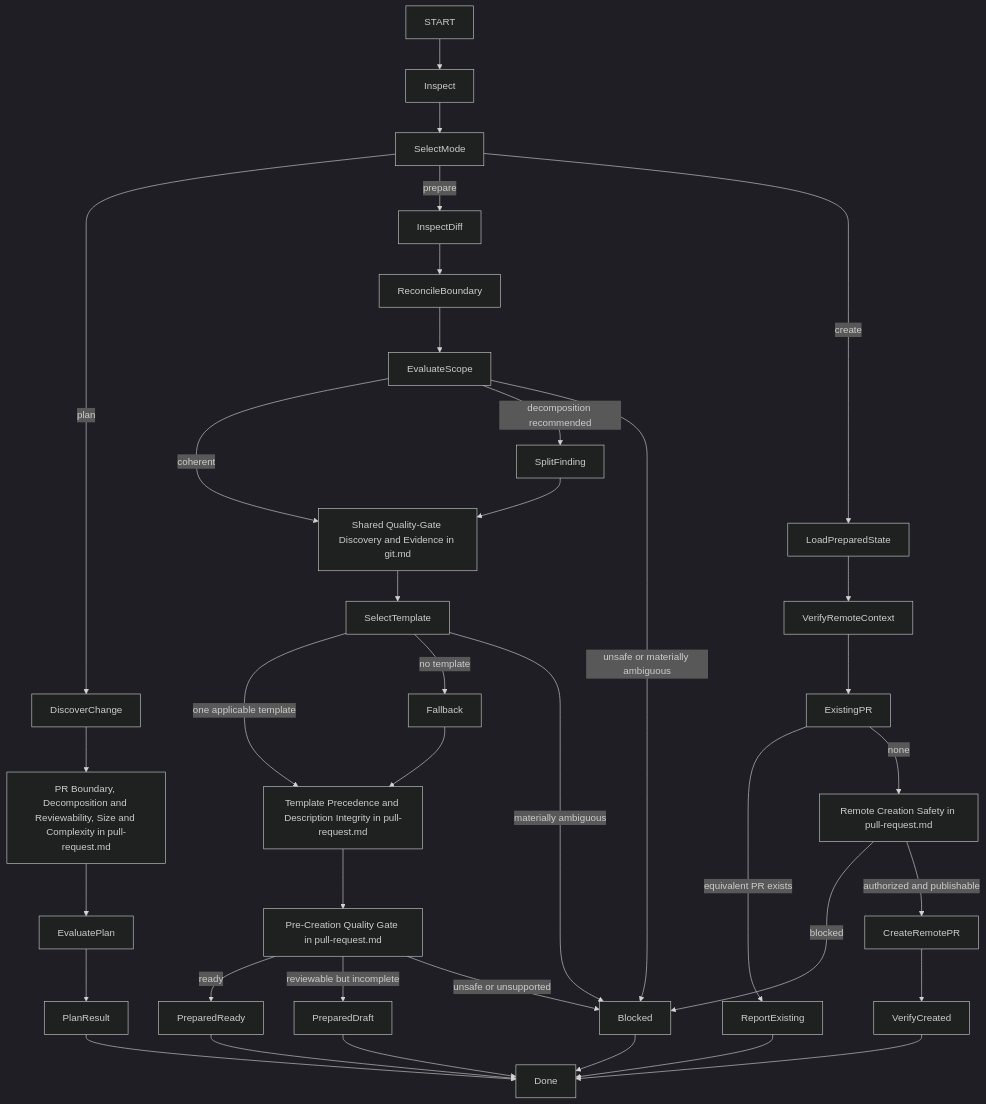
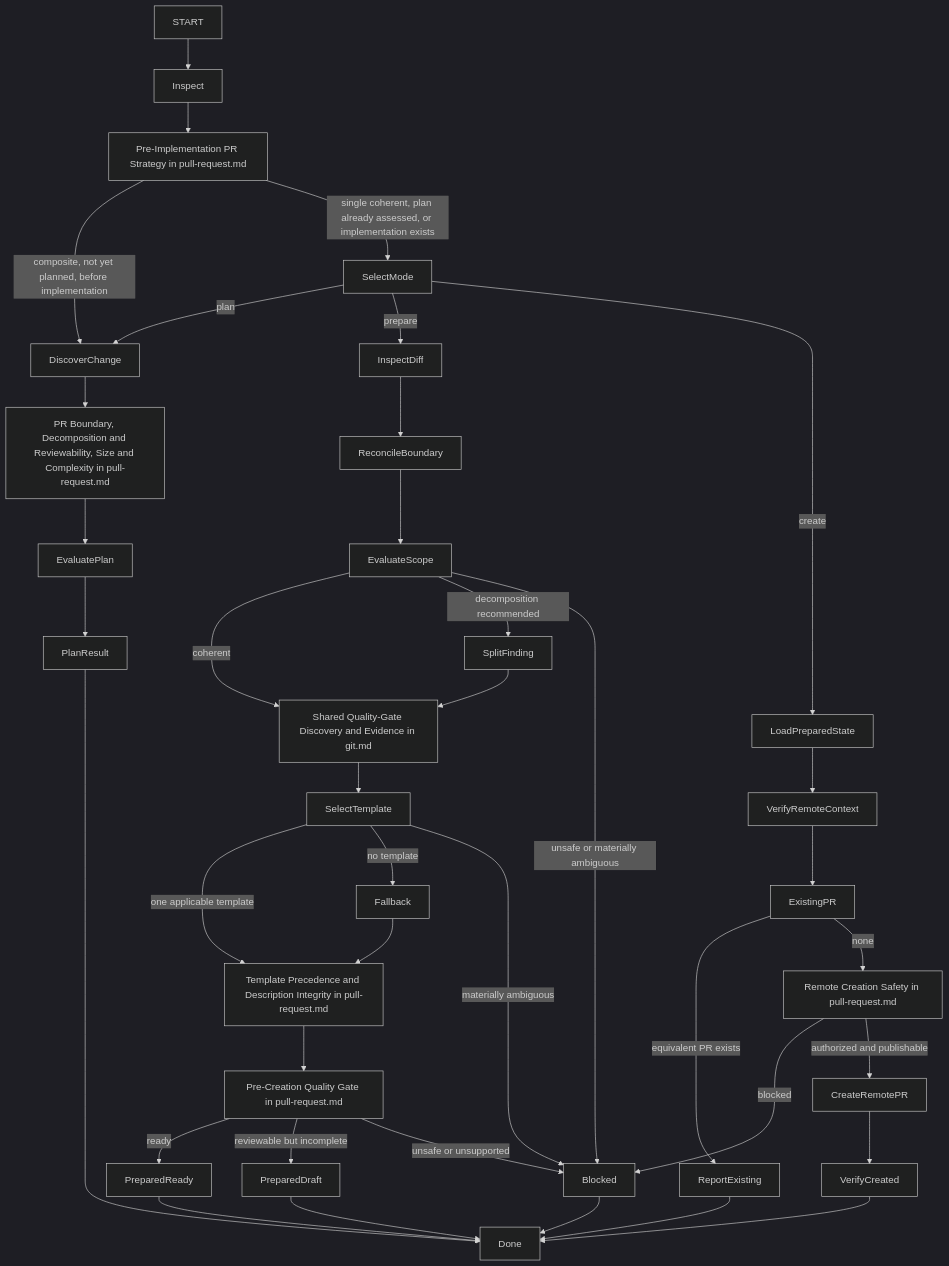
Before and after one commit to JadsonLucena/agent-toolkit: the diagram in contexts/git/skills/manage-pull-request/SKILL.md, drawn with Mermaid (dark theme). The commit also changed other lines of this file and 4 other files, not shown here.

Commit message:
feat(git): assess PR strategy before composite implementation

````diff
--- a/contexts/git/skills/manage-pull-request/SKILL.md
+++ b/contexts/git/skills/manage-pull-request/SKILL.md
@@ -58,49 +59,51 @@
 ```mermaid
 flowchart TD
     START --> Inspect
-    Inspect --> SelectMode
+    Inspect --> AssessStrategy["Pre-Implementation PR Strategy in pull-request.md"]
+    AssessStrategy -->|composite, not yet planned, before implementation| DiscoverChange
+    AssessStrategy -->|single coherent, plan already assessed, or implementation exists| SelectMode
 
     SelectMode -->|plan| DiscoverChange
     DiscoverChange --> BuildBoundaries["PR Boundary, Decomposition and Reviewability, Size and Complexity in pull-request.md"]
     BuildBoundaries --> EvaluatePlan
     EvaluatePlan --> PlanResult
 
     SelectMode -->|prepare| InspectDiff
     InspectDiff --> ReconcileBoundary
     ReconcileBoundary --> EvaluateScope
 
     EvaluateScope -->|coherent| Verify["Shared Quality-Gate Discovery and Evidence in git.md"]
     EvaluateScope -->|decomposition recommended| SplitFinding
     EvaluateScope -->|unsafe or materially ambiguous| Blocked
 
     SplitFinding --> Verify
 
     Verify --> SelectTemplate
     SelectTemplate -->|one applicable template| Describe["Template Precedence and Description Integrity in pull-request.md"]
     SelectTemplate -->|no template| Fallback
     SelectTemplate -->|materially ambiguous| Blocked
     Fallback --> Describe
     Describe --> Gate["Pre-Creation Quality Gate in pull-request.md"]
 
     Gate -->|ready| PreparedReady
     Gate -->|reviewable but incomplete| PreparedDraft
     Gate -->|unsafe or unsupported| Blocked
 
     SelectMode -->|create| LoadPreparedState
     LoadPreparedState --> VerifyRemoteContext
     VerifyRemoteContext --> ExistingPR
 
     ExistingPR -->|equivalent PR exists| ReportExisting
     ExistingPR -->|none| CreationGate["Remote Creation Safety in pull-request.md"]
 
     CreationGate -->|blocked| Blocked
     CreationGate -->|authorized and publishable| CreateRemotePR
     CreateRemotePR --> VerifyCreated
     VerifyCreated --> Done
 
     PlanResult --> Done
     PreparedReady --> Done
     PreparedDraft --> Done
     ReportExisting --> Done
     Blocked --> Done
 ```
````
